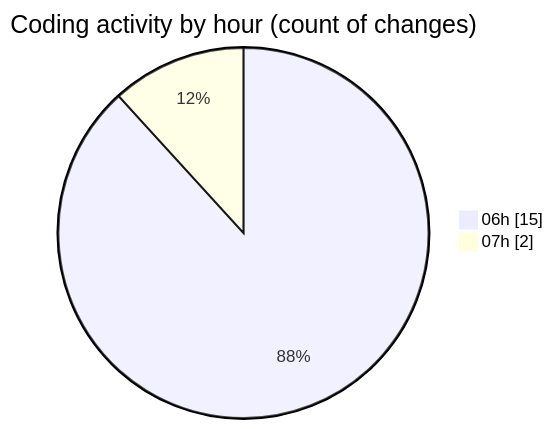
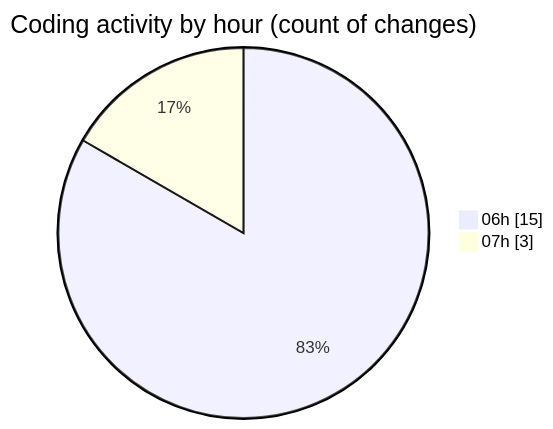
Before and after one commit to FelipKnott/code-tracking: the second of 2 diagrams in 2025-07-17/projeto_sistema/README.md, drawn with Mermaid. The commit also changed other lines of this file and 1 other file, not shown here.

````diff
--- a/2025-07-17/projeto_sistema/README.md
+++ b/2025-07-17/projeto_sistema/README.md
@@ -35,6 +35,6 @@
 ```mermaid
 pie showData
 title Coding activity by hour (count of changes)
 "06h" : 15
-"07h" : 2
+"07h" : 3
 ```
````
